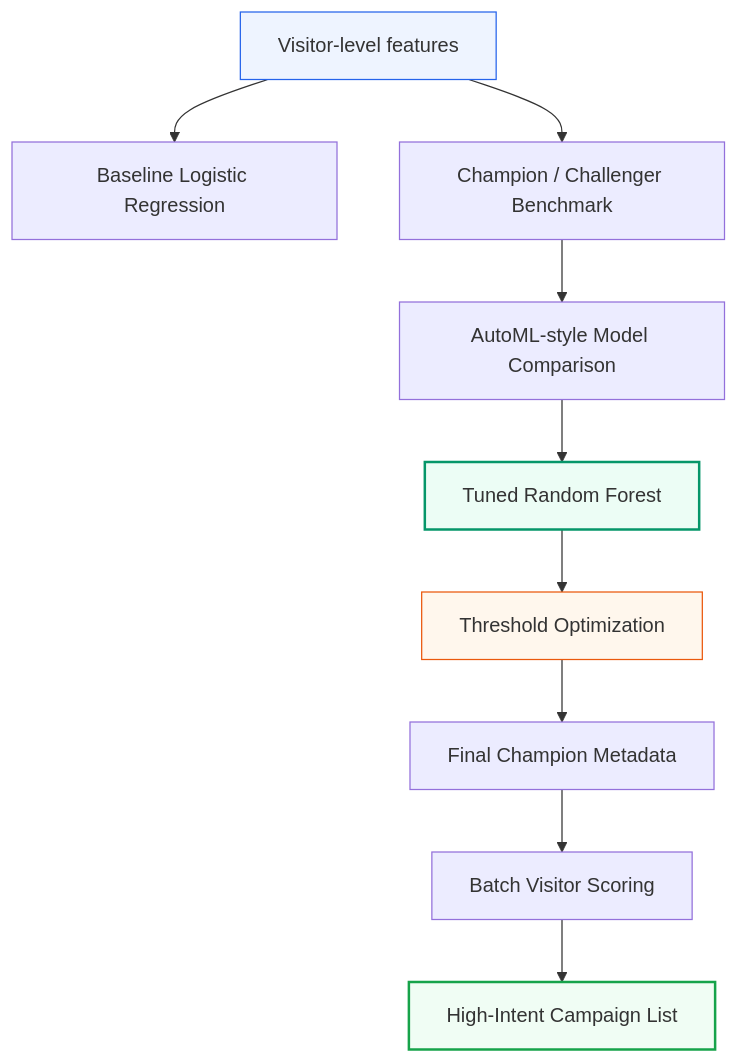
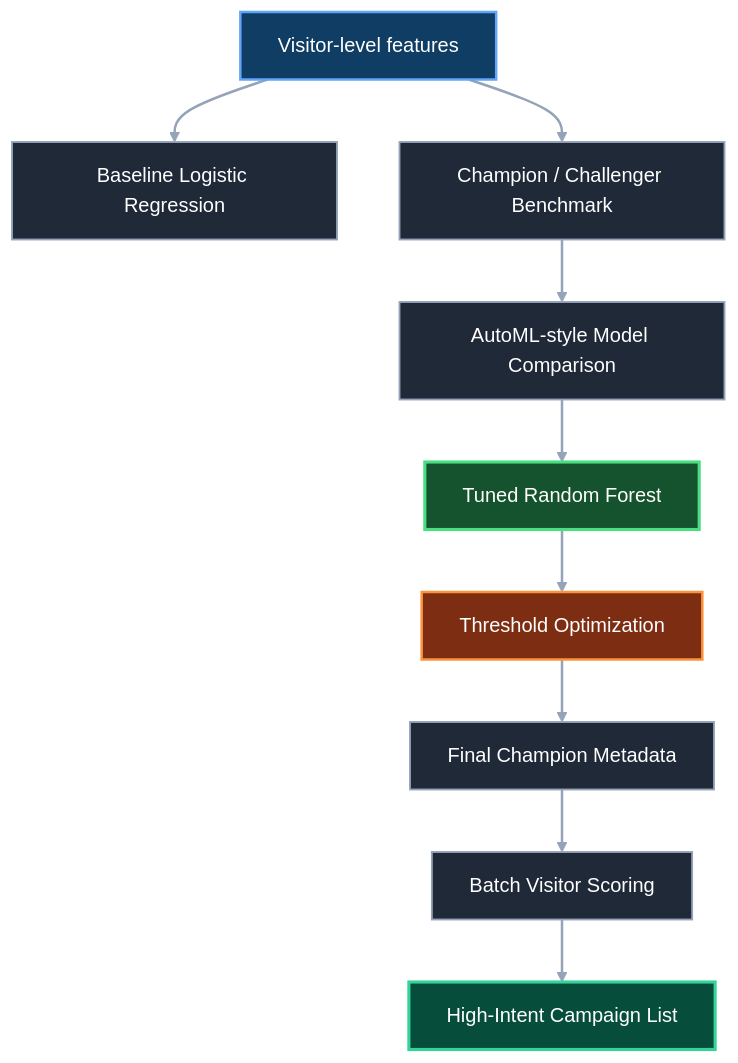
The second of 6 diagrams in README.md (RuturajM31/E-Commerce-Conversion-Intelligence-Platform), drawn with Mermaid before and after one commit. The commit also changed other lines of this file, not shown here.

````diff
--- a/README.md
+++ b/README.md
@@ -248,16 +260,26 @@
 ```mermaid
+%%{init: {"theme": "base", "themeVariables": {"background": "#0D1117", "primaryTextColor": "#FFFFFF", "lineColor": "#94A3B8", "fontFamily": "Arial"}}}%%
 flowchart TD
-    A[Visitor-level features] --> B[Baseline Logistic Regression]
-    A --> C[Champion / Challenger Benchmark]
-    C --> D[AutoML-style Model Comparison]
-    D --> E[Tuned Random Forest]
-    E --> F[Threshold Optimization]
-    F --> G[Final Champion Metadata]
-    G --> H[Batch Visitor Scoring]
-    H --> I[High-Intent Campaign List]
+    A["Visitor-level features"] --> B["Baseline Logistic Regression"]
+    A --> C["Champion / Challenger Benchmark"]
+    C --> D["AutoML-style Model Comparison"]
+    D --> E["Tuned Random Forest"]
+    E --> F["Threshold Optimization"]
+    F --> G["Final Champion Metadata"]
+    G --> H["Batch Visitor Scoring"]
+    H --> I["High-Intent Campaign List"]
 
-    style A fill:#eef4ff,stroke:#2563eb
-    style E fill:#ecfdf5,stroke:#059669,stroke-width:2px
-    style F fill:#fff7ed,stroke:#ea580c
-    style I fill:#f0fdf4,stroke:#16a34a,stroke-width:2px
+    classDef input fill:#0F3D64,stroke:#60A5FA,color:#FFFFFF,stroke-width:2px;
+    classDef process fill:#1F2937,stroke:#94A3B8,color:#FFFFFF,stroke-width:1.5px;
+    classDef model fill:#14532D,stroke:#4ADE80,color:#FFFFFF,stroke-width:2.5px;
+    classDef decision fill:#7C2D12,stroke:#FB923C,color:#FFFFFF,stroke-width:2px;
+    classDef output fill:#064E3B,stroke:#34D399,color:#FFFFFF,stroke-width:2.5px;
+
+    class A input;
+    class B,C,D,G,H process;
+    class E model;
+    class F decision;
+    class I output;
+
+    linkStyle default stroke:#94A3B8,stroke-width:2px;
 ```
````
